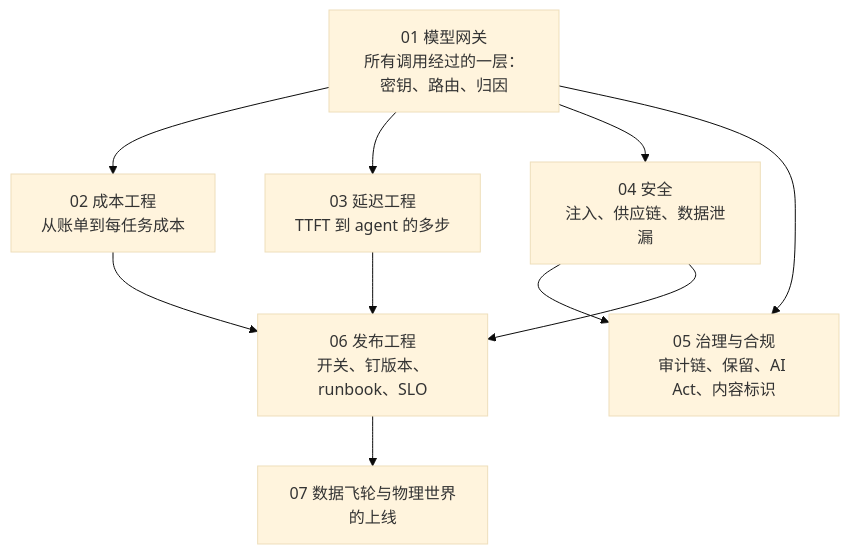
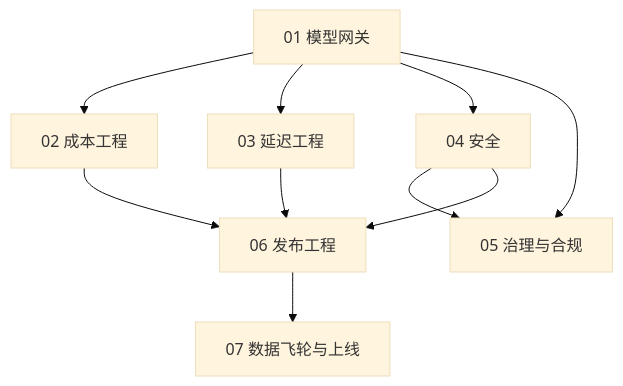
The first of 7 diagrams in slides/2026-11-14-production-and-operations.md (arganzheng/arganzheng.github.com), drawn with Mermaid (base theme) before and after one commit. The commit also changed other lines of this file, not shown here.

Commit message:
slides(2026-11-14-production-and-operations): 图内文字 ≥14px——标签缩短/拆分/Unicode 数学

````diff
--- a/slides/2026-11-14-production-and-operations.md
+++ b/slides/2026-11-14-production-and-operations.md
@@ -26,10 +26,10 @@
 ```mermaid
 %%{init: {"flowchart": {"wrappingWidth": 170}}}%%
 flowchart TB
-    O1["01 模型网关<br/>所有调用经过的一层：密钥、路由、归因"] --> O2["02 成本工程<br/>从账单到每任务成本"]
-    O1 --> O3["03 延迟工程<br/>TTFT 到 agent 的多步"]
-    O1 --> O4["04 安全<br/>注入、供应链、数据泄漏"]
-    O1 & O4 --> O5["05 治理与合规<br/>审计链、保留、AI Act、内容标识"]
-    O2 & O3 & O4 --> O6["06 发布工程<br/>开关、钉版本、runbook、SLO"]
-    O6 --> O7["07 数据飞轮与物理世界的上线"]
+    O1["01 模型网关"] --> O2["02 成本工程"]
+    O1 --> O3["03 延迟工程"]
+    O1 --> O4["04 安全"]
+    O1 & O4 --> O5["05 治理与合规"]
+    O2 & O3 & O4 --> O6["06 发布工程"]
+    O6 --> O7["07 数据飞轮与上线"]
 ```
````
